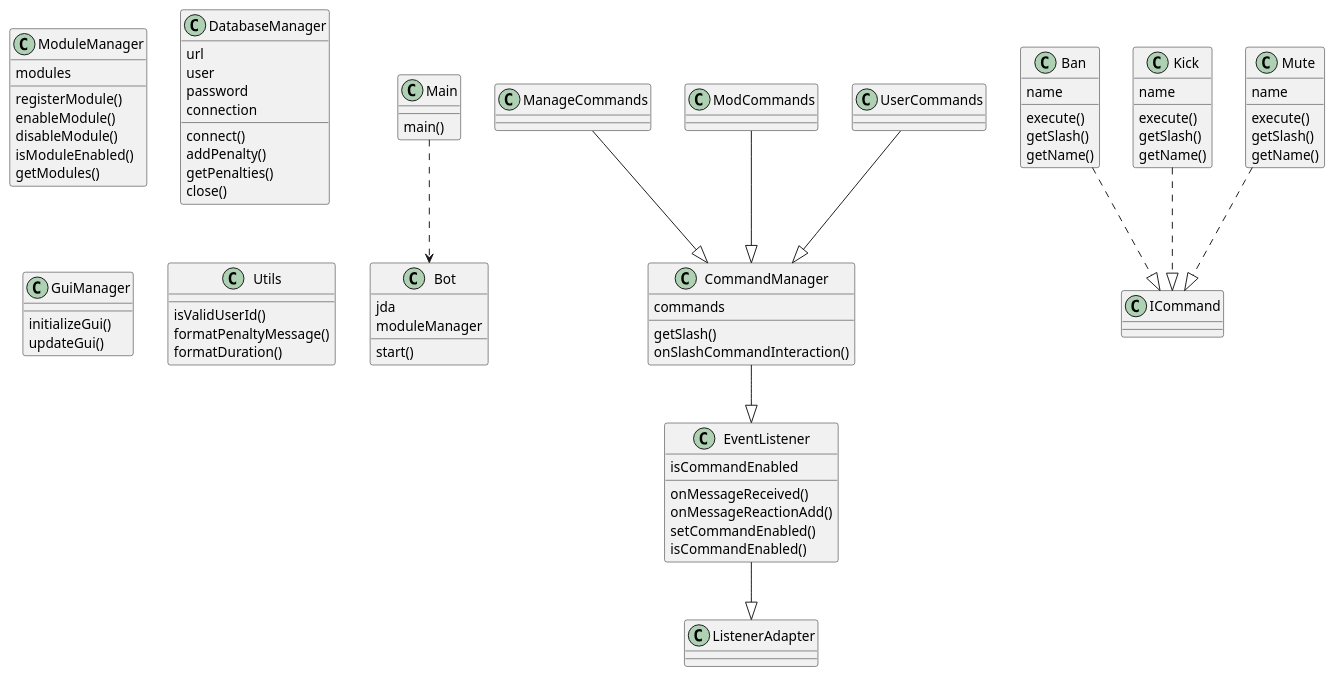
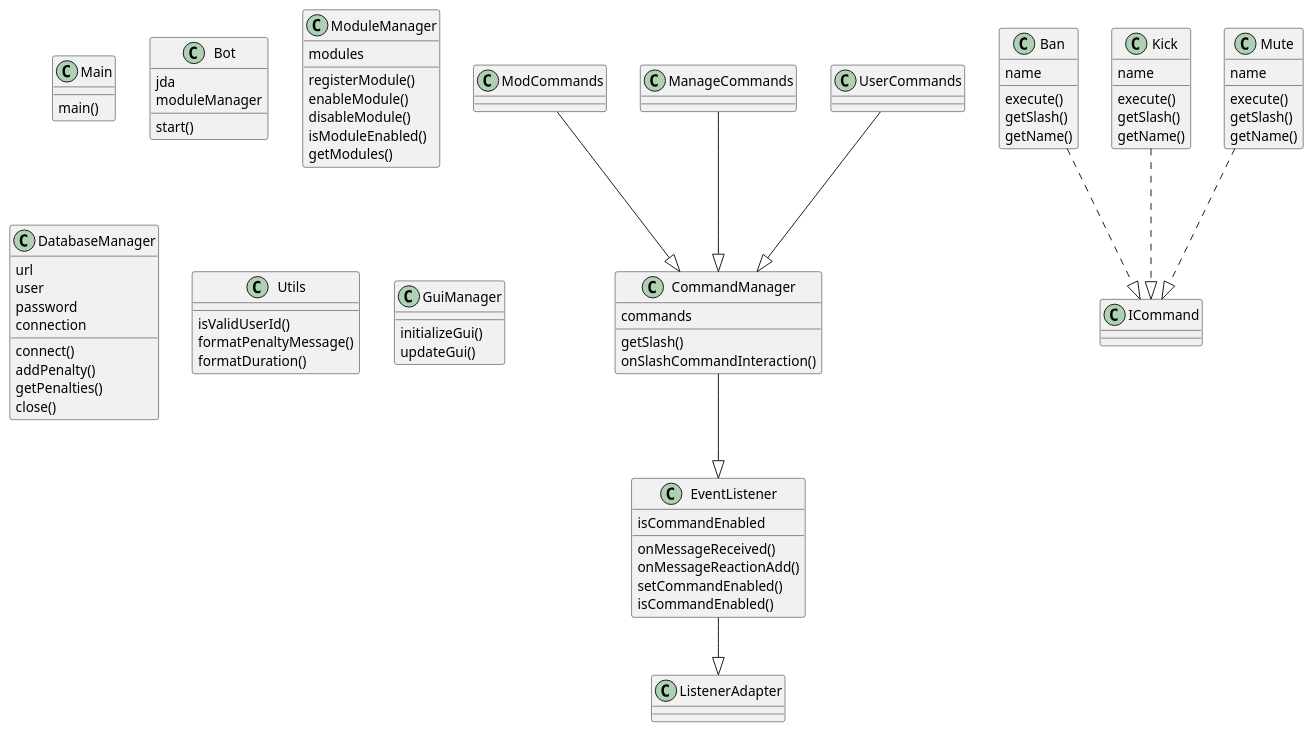
One commit to PelayoPS/DiscordBot_app changed the diagram in uml_output/diagram.puml. Above: the diagram before and after it, drawn with PlantUML. The commit also changed 1 other file, not shown here.

```diff
--- a/uml_output/diagram.puml
+++ b/uml_output/diagram.puml
@@ -1,82 +1,81 @@
 @startuml diagrama
+class Main {
+  main()
+}
 class Bot {
   jda
   moduleManager
   start()
 }
-class Main {
-  main()
+class EventListener {
+  isCommandEnabled
+  onMessageReceived()
+  onMessageReactionAdd()
+  setCommandEnabled()
+  isCommandEnabled()
 }
-Main ..> Bot
+EventListener --|> ListenerAdapter
 class ModuleManager {
   modules
   registerModule()
   enableModule()
   disableModule()
   isModuleEnabled()
   getModules()
 }
 class CommandManager {
   commands
   getSlash()
   onSlashCommandInteraction()
 }
 CommandManager --|> EventListener
+class ModCommands {
+}
+ModCommands --|> CommandManager
 class ManageCommands {
 }
 ManageCommands --|> CommandManager
-class ModCommands {
-}
-ModCommands --|> CommandManager
 class UserCommands {
 }
 UserCommands --|> CommandManager
 class Ban {
   name
   execute()
   getSlash()
   getName()
 }
 Ban ..|> ICommand
 class Kick {
   name
   execute()
   getSlash()
   getName()
 }
 Kick ..|> ICommand
 class Mute {
   name
   execute()
   getSlash()
   getName()
 }
 Mute ..|> ICommand
 class DatabaseManager {
   url
   user
   password
   connection
   connect()
   addPenalty()
   getPenalties()
   close()
 }
-class EventListener {
-  isCommandEnabled
-  onMessageReceived()
-  onMessageReactionAdd()
-  setCommandEnabled()
-  isCommandEnabled()
-}
-EventListener --|> ListenerAdapter
-class GuiManager {
-  initializeGui()
-  updateGui()
-}
 class Utils {
   isValidUserId()
   formatPenaltyMessage()
   formatDuration()
 }
+class GuiManager {
+  initializeGui()
+  updateGui()
+}
 @enduml
```
